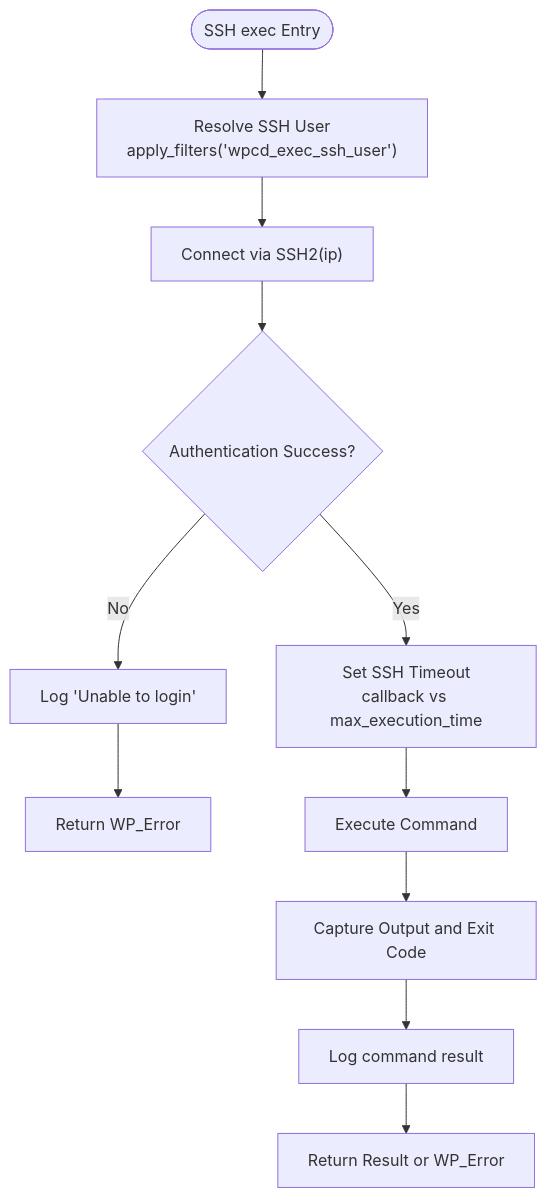
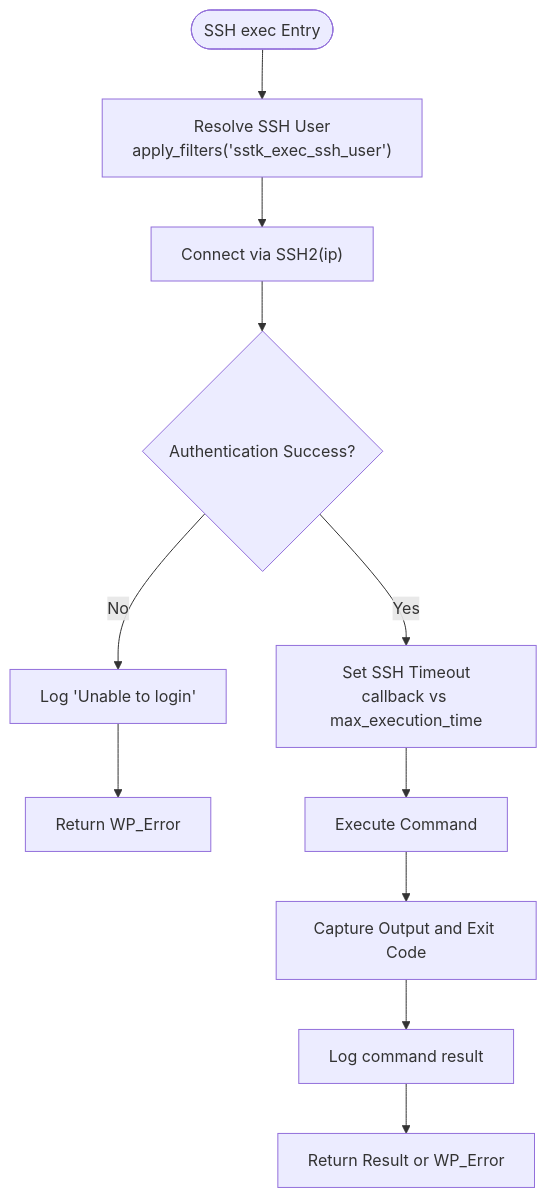
The fourth of 8 diagrams in .qoder/repowiki/en/content/System Architecture/Integration Patterns.md (onedogsolutions/simple-stack), drawn with Mermaid before and after one commit. The commit also changed other lines of this file and 5941 other files, not shown here.

````diff
--- a/.qoder/repowiki/en/content/System Architecture/Integration Patterns.md
+++ b/.qoder/repowiki/en/content/System Architecture/Integration Patterns.md
@@ -265,13 +265,13 @@
 ```mermaid
 flowchart TD
-Start(["SSH exec Entry"]) --> ResolveUser["Resolve SSH User<br/>apply_filters('wpcd_exec_ssh_user')"]
+Start(["SSH exec Entry"]) --> ResolveUser["Resolve SSH User<br/>apply_filters('sstk_exec_ssh_user')"]
 ResolveUser --> Connect["Connect via SSH2(ip)"]
 Connect --> Auth{"Authentication Success?"}
 Auth --> |No| LogLoginError["Log 'Unable to login'"]
 LogLoginError --> ReturnError["Return WP_Error"]
 Auth --> |Yes| SetTimeout["Set SSH Timeout<br/>callback vs max_execution_time"]
 SetTimeout --> RunCommand["Execute Command"]
 RunCommand --> CaptureOutput["Capture Output and Exit Code"]
 CaptureOutput --> LogResult["Log command result"]
 LogResult --> ReturnResult["Return Result or WP_Error"]
 ```
````
